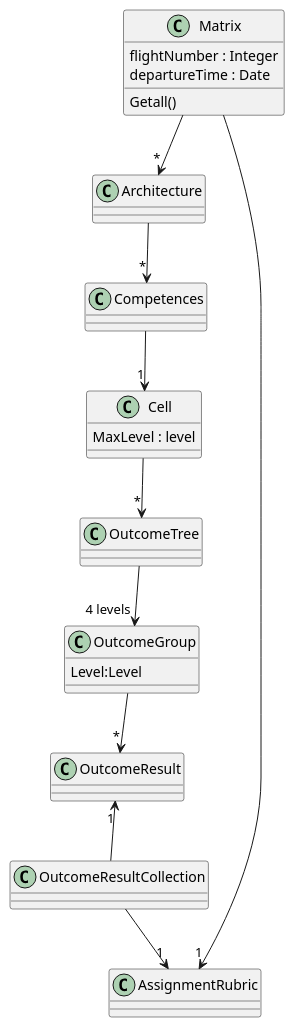
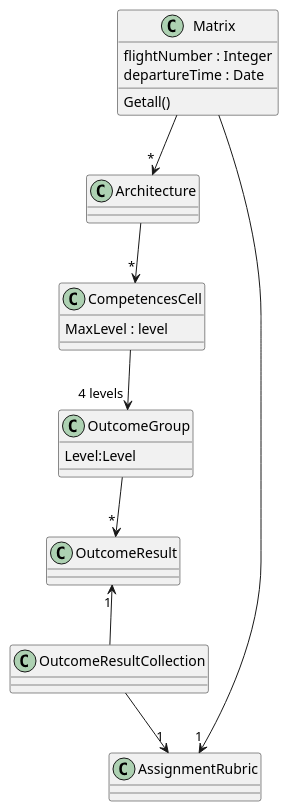
The diagram in uml.puml (DennisCoolsDCSoft/CanvasKpi), drawn with PlantUML before and after one commit. The commit also changed 36 other files, not shown here.

```diff
--- a/uml.puml
+++ b/uml.puml
@@ -1,29 +1,27 @@
 @startuml
 class Matrix {
    flightNumber : Integer
    departureTime : Date
    Getall()
 }
 
-class Cell{
+class CompetencesCell{
 MaxLevel : level
 }
 
 class OutcomeGroup{
 Level:Level
 }
 
 
 Matrix --> "*" Architecture
 
-Architecture --> "*" Competences
-Competences  --> "1" Cell
-Cell --> "*" OutcomeTree
-OutcomeTree --> "4 levels" OutcomeGroup
+Architecture --> "*" CompetencesCell
+CompetencesCell  --> "4 levels" OutcomeGroup
 OutcomeGroup --> "*" OutcomeResult
 OutcomeResult "1"<-- OutcomeResultCollection
 OutcomeResultCollection --> "1" AssignmentRubric
 
 Matrix --> "1" AssignmentRubric
 
 @enduml
```
